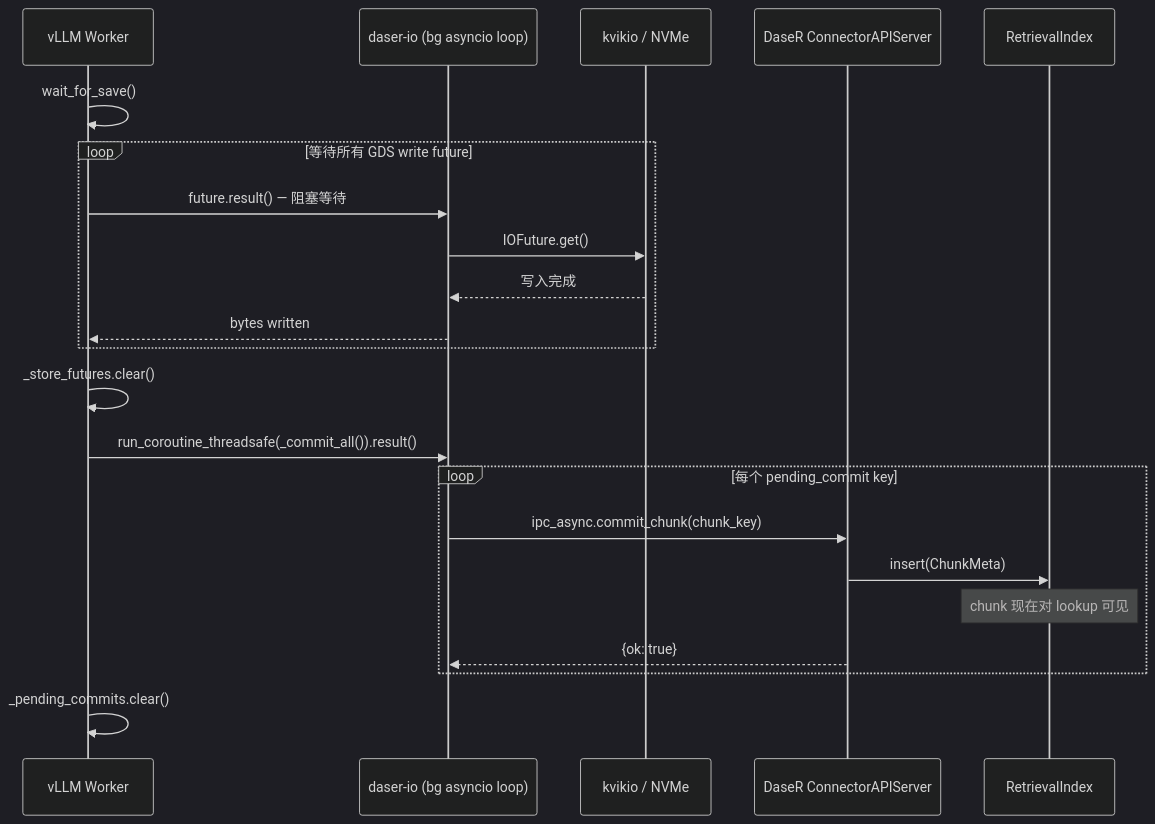
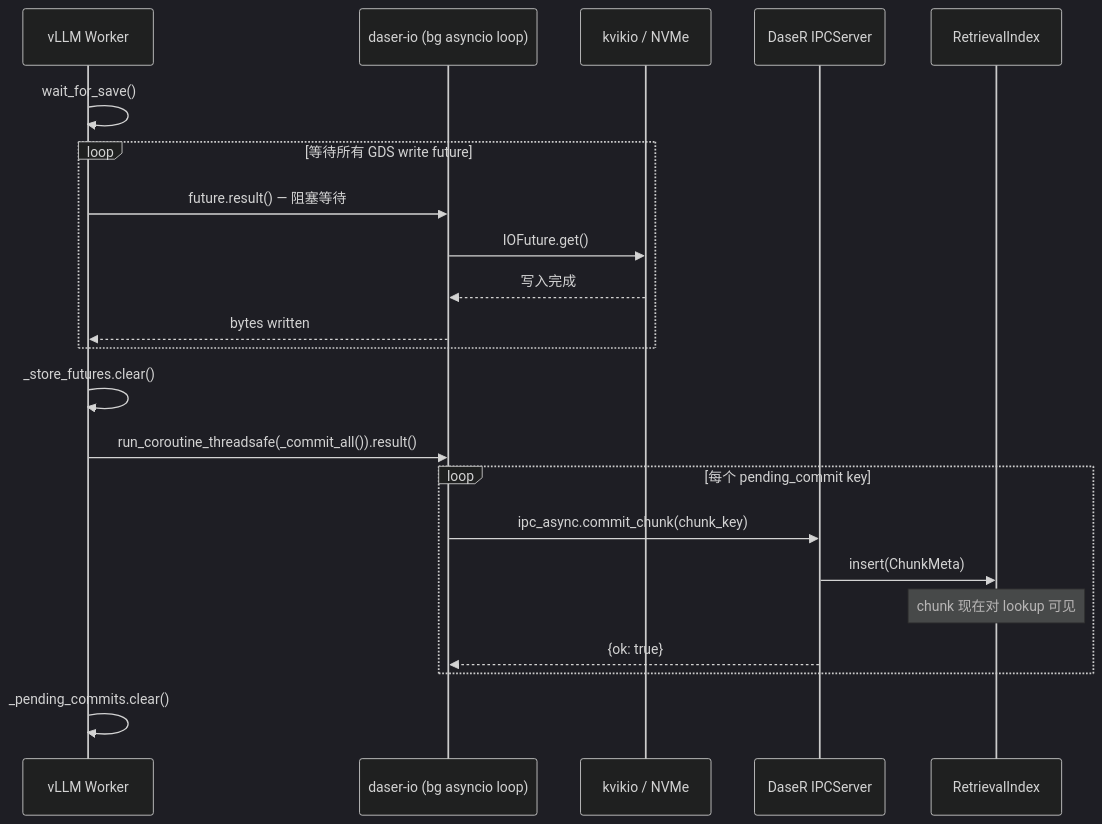
Before and after one commit to GentleCold/DaseR: the third of 6 diagrams in docs/design/flows.md, drawn with Mermaid (dark theme). The commit also changed other lines of this file and 27 other files, not shown here.

````diff
--- a/docs/design/flows.md
+++ b/docs/design/flows.md
@@ -58,26 +58,26 @@
 ```mermaid
 sequenceDiagram
     participant W as vLLM Worker
     participant BG as daser-io (bg asyncio loop)
     participant KV as kvikio / NVMe
-    participant IPC as DaseR ConnectorAPIServer
+    participant IPC as DaseR IPCServer
     participant RI as RetrievalIndex
 
     W->>W: wait_for_save()
     loop 等待所有 GDS write future
         W->>BG: future.result() — 阻塞等待
         BG->>KV: IOFuture.get()
         KV-->>BG: 写入完成
         BG-->>W: bytes written
     end
     W->>W: _store_futures.clear()
 
     W->>BG: run_coroutine_threadsafe(_commit_all()).result()
     loop 每个 pending_commit key
         BG->>IPC: ipc_async.commit_chunk(chunk_key)
         IPC->>RI: insert(ChunkMeta)
         Note over RI: chunk 现在对 lookup 可见
         IPC-->>BG: {ok: true}
     end
     W->>W: _pending_commits.clear()
 ```
````
